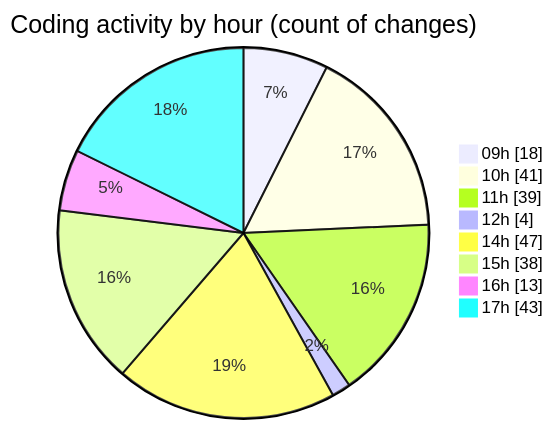
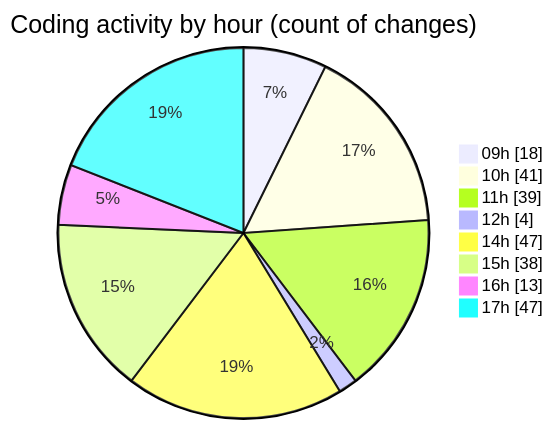
The second of 2 diagrams in 2025-02-11/cda/README.md (momahboobian/code-tracking), drawn with Mermaid before and after one commit. The commit also changed other lines of this file and 1 other file, not shown here.

````diff
--- a/2025-02-11/cda/README.md
+++ b/2025-02-11/cda/README.md
@@ -34,12 +34,12 @@
 ```mermaid
 pie showData
 title Coding activity by hour (count of changes)
 "09h" : 18
 "10h" : 41
 "11h" : 39
 "12h" : 4
 "14h" : 47
 "15h" : 38
 "16h" : 13
-"17h" : 43
+"17h" : 47
 ```
````
